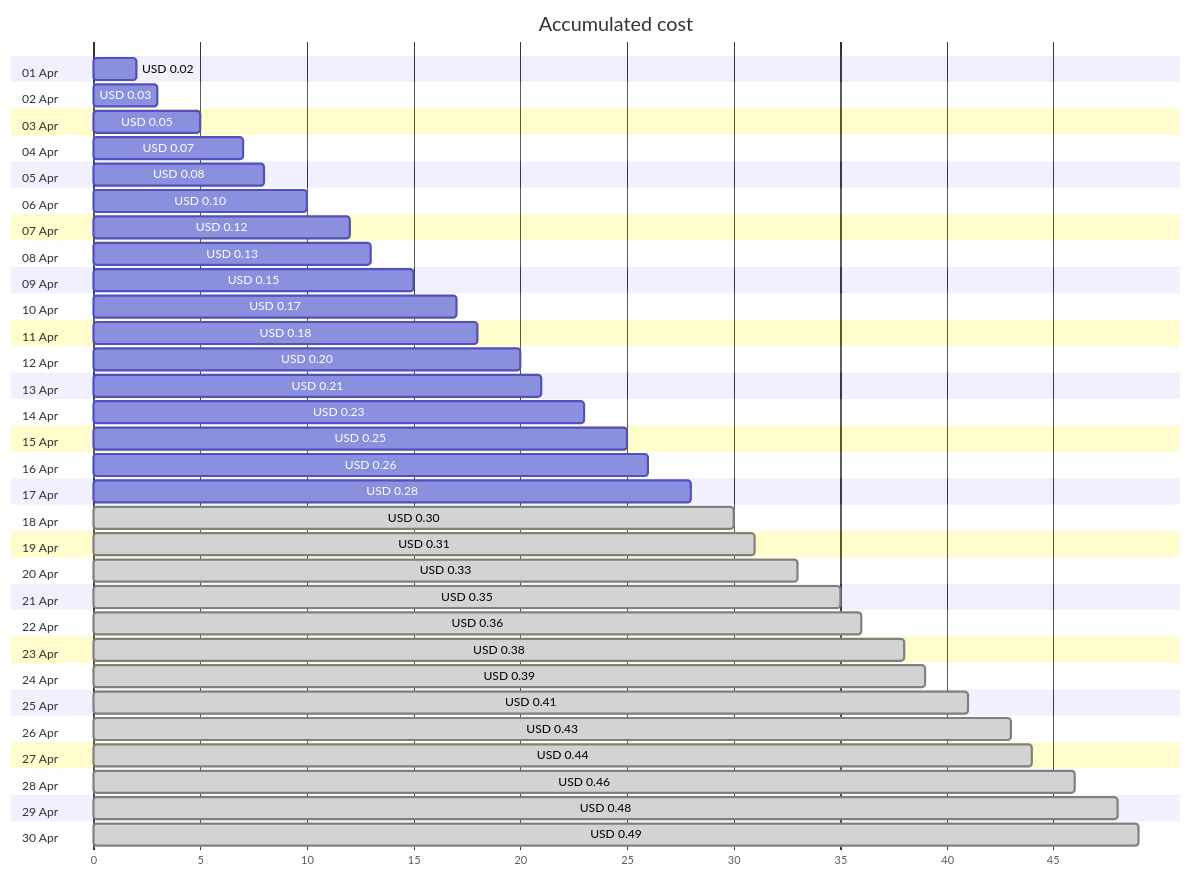
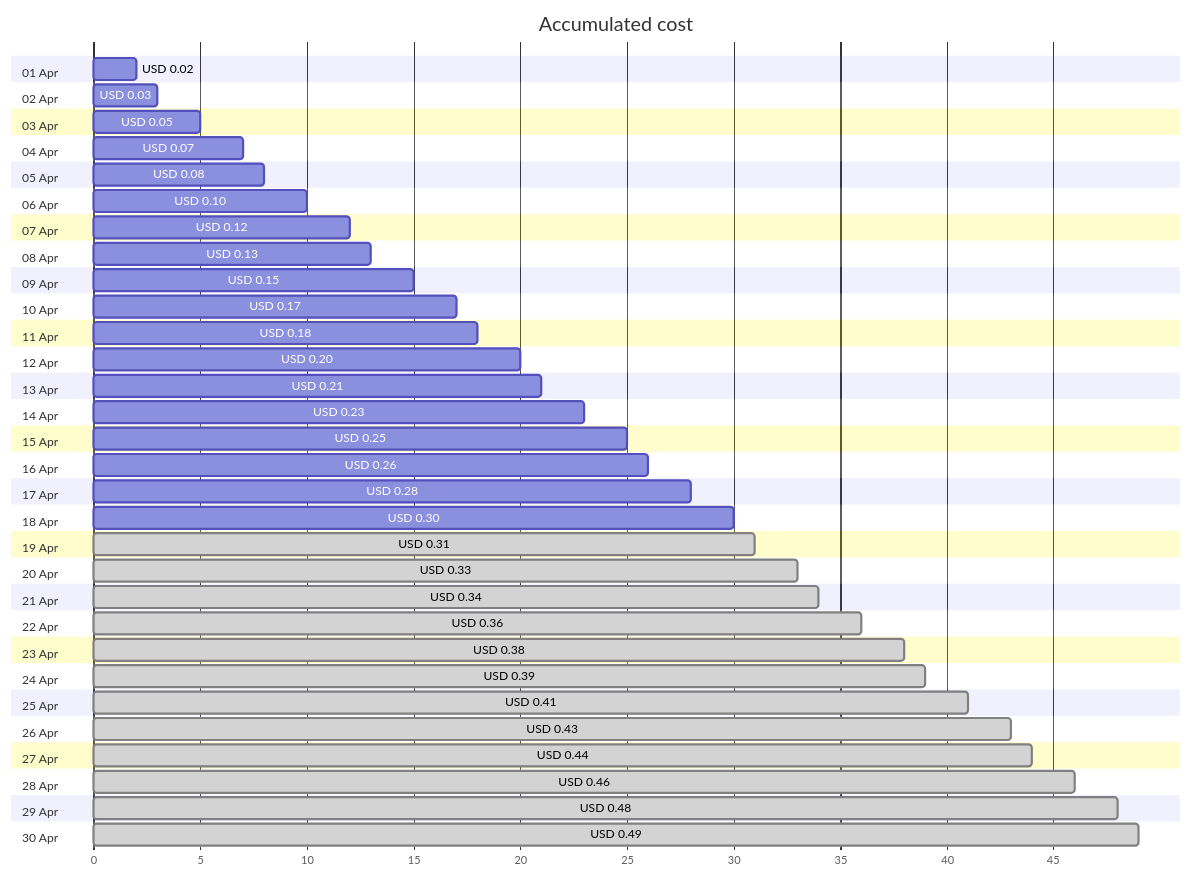
The first of 4 diagrams in cost-reports/personal-dns/jpatrickfulton.dev.md (jpfulton/azure-personal-reports), drawn with Mermaid before and after one commit. The commit also changed other lines of this file and 2 other files, not shown here.

````diff
--- a/cost-reports/personal-dns/jpatrickfulton.dev.md
+++ b/cost-reports/personal-dns/jpatrickfulton.dev.md
@@ -20,66 +20,66 @@
 ```mermaid
 gantt
    title Accumulated cost
    dateFormat  X
    axisFormat %s
    section 01 Apr
    USD 0.02 :0, 2
    section 02 Apr
    USD 0.03 :0, 3
    section 03 Apr
    USD 0.05 :0, 5
    section 04 Apr
    USD 0.07 :0, 7
    section 05 Apr
    USD 0.08 :0, 8
    section 06 Apr
    USD 0.10 :0, 10
    section 07 Apr
    USD 0.12 :0, 12
    section 08 Apr
    USD 0.13 :0, 13
    section 09 Apr
    USD 0.15 :0, 15
    section 10 Apr
    USD 0.17 :0, 17
    section 11 Apr
    USD 0.18 :0, 18
    section 12 Apr
    USD 0.20 :0, 20
    section 13 Apr
    USD 0.21 :0, 21
    section 14 Apr
    USD 0.23 :0, 23
    section 15 Apr
    USD 0.25 :0, 25
    section 16 Apr
    USD 0.26 :0, 26
    section 17 Apr
    USD 0.28 :0, 28
    section 18 Apr
-   USD 0.30 : done, 0, 30
+   USD 0.30 :0, 30
    section 19 Apr
    USD 0.31 : done, 0, 31
    section 20 Apr
    USD 0.33 : done, 0, 33
    section 21 Apr
-   USD 0.35 : done, 0, 35
+   USD 0.34 : done, 0, 34
    section 22 Apr
    USD 0.36 : done, 0, 36
    section 23 Apr
    USD 0.38 : done, 0, 38
    section 24 Apr
    USD 0.39 : done, 0, 39
    section 25 Apr
    USD 0.41 : done, 0, 41
    section 26 Apr
    USD 0.43 : done, 0, 43
    section 27 Apr
    USD 0.44 : done, 0, 44
    section 28 Apr
    USD 0.46 : done, 0, 46
    section 29 Apr
    USD 0.48 : done, 0, 48
    section 30 Apr
    USD 0.49 : done, 0, 49
 ```
````
